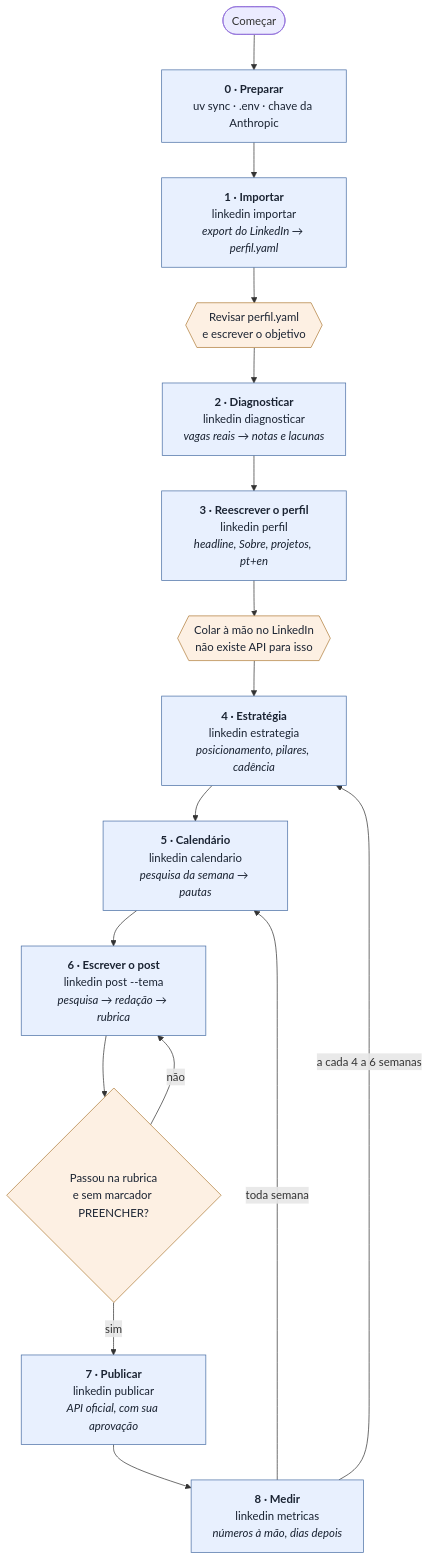
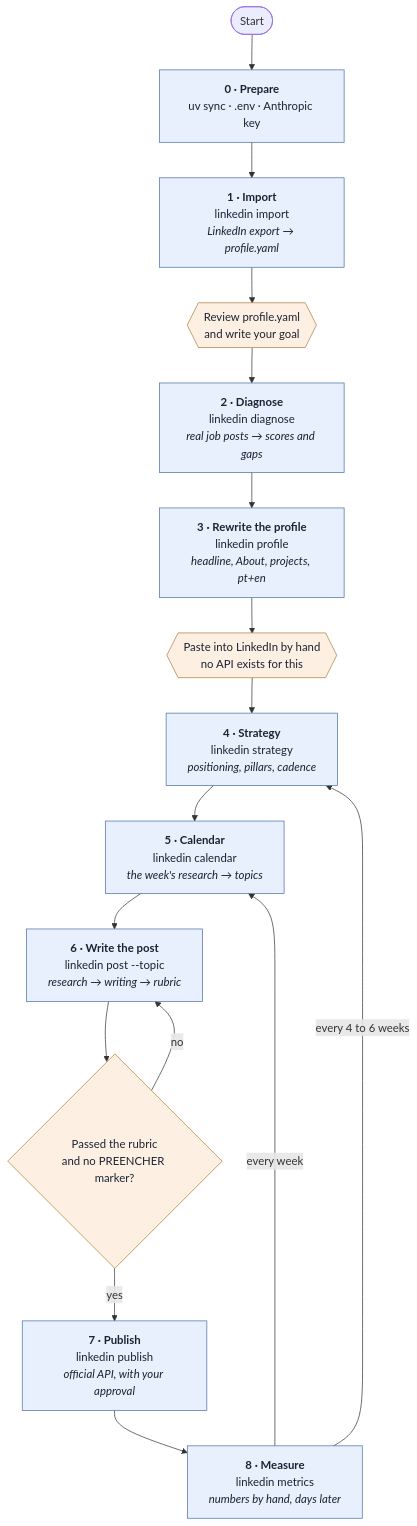
One commit to gabrantoniette/linkedin-growth-agents changed the first of 4 diagrams in docs/roadmap.md. Above: the diagram before and after it, drawn with Mermaid. The commit also changed other lines of this file and 48 other files, not shown here.

````diff
--- a/docs/roadmap.md
+++ b/docs/roadmap.md
@@ -14,25 +14,25 @@
 ```mermaid
 flowchart TD
-    START(["Começar"]) --> F0
+    START(["Start"]) --> F0
 
-    F0["<b>0 · Preparar</b><br/>uv sync · .env · chave da Anthropic"]
-    F0 --> F1["<b>1 · Importar</b><br/>linkedin importar<br/><i>export do LinkedIn → perfil.yaml</i>"]
-    F1 --> REV{{"Revisar perfil.yaml<br/>e escrever o objetivo"}}
-    REV --> F2["<b>2 · Diagnosticar</b><br/>linkedin diagnosticar<br/><i>vagas reais → notas e lacunas</i>"]
-    F2 --> F3["<b>3 · Reescrever o perfil</b><br/>linkedin perfil<br/><i>headline, Sobre, projetos, pt+en</i>"]
-    F3 --> COLA{{"Colar à mão no LinkedIn<br/>não existe API para isso"}}
-    COLA --> F4["<b>4 · Estratégia</b><br/>linkedin estrategia<br/><i>posicionamento, pilares, cadência</i>"]
-    F4 --> F5["<b>5 · Calendário</b><br/>linkedin calendario<br/><i>pesquisa da semana → pautas</i>"]
-    F5 --> F6["<b>6 · Escrever o post</b><br/>linkedin post --tema<br/><i>pesquisa → redação → rubrica</i>"]
-    F6 --> GATE{"Passou na rubrica<br/>e sem marcador PREENCHER?"}
-    GATE -->|não| F6
-    GATE -->|sim| F7["<b>7 · Publicar</b><br/>linkedin publicar<br/><i>API oficial, com sua aprovação</i>"]
-    F7 --> F8["<b>8 · Medir</b><br/>linkedin metricas<br/><i>números à mão, dias depois</i>"]
-    F8 -->|a cada 4 a 6 semanas| F4
-    F8 -->|toda semana| F5
+    F0["<b>0 · Prepare</b><br/>uv sync · .env · Anthropic key"]
+    F0 --> F1["<b>1 · Import</b><br/>linkedin import<br/><i>LinkedIn export → profile.yaml</i>"]
+    F1 --> REV{{"Review profile.yaml<br/>and write your goal"}}
+    REV --> F2["<b>2 · Diagnose</b><br/>linkedin diagnose<br/><i>real job posts → scores and gaps</i>"]
+    F2 --> F3["<b>3 · Rewrite the profile</b><br/>linkedin profile<br/><i>headline, About, projects, pt+en</i>"]
+    F3 --> PASTE{{"Paste into LinkedIn by hand<br/>no API exists for this"}}
+    PASTE --> F4["<b>4 · Strategy</b><br/>linkedin strategy<br/><i>positioning, pillars, cadence</i>"]
+    F4 --> F5["<b>5 · Calendar</b><br/>linkedin calendar<br/><i>the week's research → topics</i>"]
+    F5 --> F6["<b>6 · Write the post</b><br/>linkedin post --topic<br/><i>research → writing → rubric</i>"]
+    F6 --> GATE{"Passed the rubric<br/>and no PREENCHER marker?"}
+    GATE -->|no| F6
+    GATE -->|yes| F7["<b>7 · Publish</b><br/>linkedin publish<br/><i>official API, with your approval</i>"]
+    F7 --> F8["<b>8 · Measure</b><br/>linkedin metrics<br/><i>numbers by hand, days later</i>"]
+    F8 -->|every 4 to 6 weeks| F4
+    F8 -->|every week| F5
 
     classDef auto fill:#e8f0fe,stroke:#4a6fa5,color:#1a2332
     classDef manual fill:#fdf0e3,stroke:#b07d3a,color:#1a2332
     class F0,F1,F2,F3,F4,F5,F6,F7,F8 auto
-    class REV,COLA,GATE manual
+    class REV,PASTE,GATE manual
 ```
````
